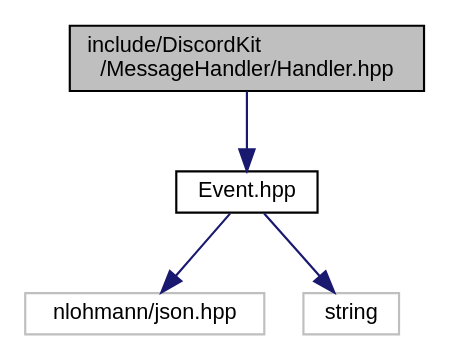
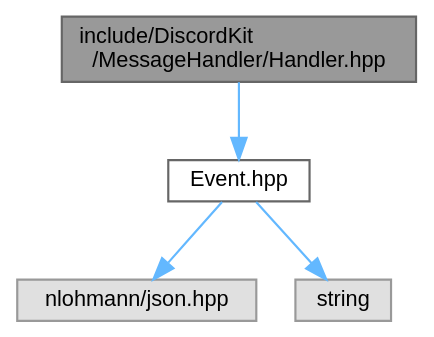
The diagram in d5/d6f/Handler_8hpp__incl.dot (nikooozzz/DiscordKit), drawn with Graphviz before and after one commit. The commit also changed 322 other files, not shown here.

Commit message:
Deploying to gh-pages from @ nikooozzz/DiscordKit@25959401f6de58a170c9d8f1c7485b84f1b5a88c 🚀

```diff
--- a/d5/d6f/Handler_8hpp__incl.dot
+++ b/d5/d6f/Handler_8hpp__incl.dot
@@ -1,13 +1,14 @@
 digraph "include/DiscordKit/MessageHandler/Handler.hpp"
 {
  // LATEX_PDF_SIZE
-  edge [fontname="Helvetica",fontsize="10",labelfontname="Helvetica",labelfontsize="10"];
-  node [fontname="Helvetica",fontsize="10",shape=record];
-  Node1 [label="include/DiscordKit\l/MessageHandler/Handler.hpp",height=0.2,width=0.4,color="black", fillcolor="grey75", style="filled", fontcolor="black",tooltip=" "];
-  Node1 -> Node2 [color="midnightblue",fontsize="10",style="solid",fontname="Helvetica"];
-  Node2 [label="Event.hpp",height=0.2,width=0.4,color="black", fillcolor="white", style="filled",URL="$df/d7d/Event_8hpp.html",tooltip=" "];
-  Node2 -> Node3 [color="midnightblue",fontsize="10",style="solid",fontname="Helvetica"];
-  Node3 [label="nlohmann/json.hpp",height=0.2,width=0.4,color="grey75", fillcolor="white", style="filled",tooltip=" "];
-  Node2 -> Node4 [color="midnightblue",fontsize="10",style="solid",fontname="Helvetica"];
-  Node4 [label="string",height=0.2,width=0.4,color="grey75", fillcolor="white", style="filled",tooltip=" "];
+  bgcolor="transparent";
+  edge [fontname=Helvetica,fontsize=10,labelfontname=Helvetica,labelfontsize=10];
+  node [fontname=Helvetica,fontsize=10,shape=box,height=0.2,width=0.4];
+  Node1 [id="Node000001",label="include/DiscordKit\l/MessageHandler/Handler.hpp",height=0.2,width=0.4,color="gray40", fillcolor="grey60", style="filled", fontcolor="black",tooltip=" "];
+  Node1 -> Node2 [id="edge1_Node000001_Node000002",color="steelblue1",style="solid",tooltip=" "];
+  Node2 [id="Node000002",label="Event.hpp",height=0.2,width=0.4,color="grey40", fillcolor="white", style="filled",URL="$df/d7d/Event_8hpp.html",tooltip=" "];
+  Node2 -> Node3 [id="edge2_Node000002_Node000003",color="steelblue1",style="solid",tooltip=" "];
+  Node3 [id="Node000003",label="nlohmann/json.hpp",height=0.2,width=0.4,color="grey60", fillcolor="#E0E0E0", style="filled",tooltip=" "];
+  Node2 -> Node4 [id="edge3_Node000002_Node000004",color="steelblue1",style="solid",tooltip=" "];
+  Node4 [id="Node000004",label="string",height=0.2,width=0.4,color="grey60", fillcolor="#E0E0E0", style="filled",tooltip=" "];
 }
```
